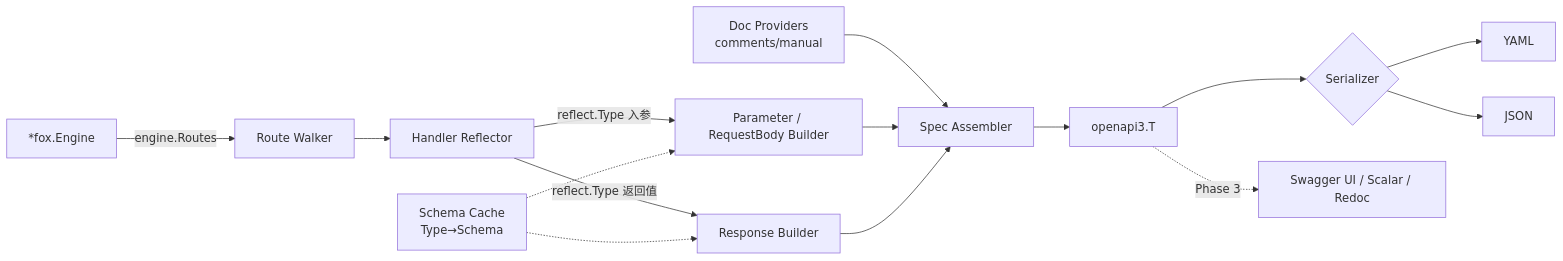
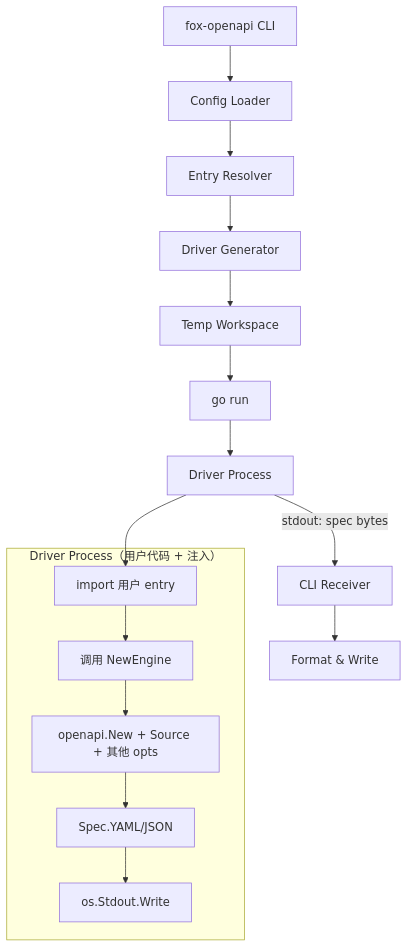
Before and after one commit to miclle/fox: the diagram in docs/openapi-design.md, drawn with Mermaid. The commit also changed other lines of this file, not shown here.

First line of the commit message:
docs(openapi): declare CLI as production direction and document handover

````diff
--- a/docs/openapi-design.md
+++ b/docs/openapi-design.md
@@ -41,17 +198,20 @@
 ```mermaid
-flowchart LR
-    A[*fox.Engine] -->|engine.Routes| B[Route Walker]
-    B --> C[Handler Reflector]
-    C -->|reflect.Type 入参| D[Parameter / RequestBody Builder]
-    C -->|reflect.Type 返回值| E[Response Builder]
-    F[Doc Providers<br/>comments/manual] --> G[Spec Assembler]
-    D --> G
-    E --> G
-    H[Schema Cache<br/>Type→Schema] -.-> D
-    H -.-> E
-    G --> I[openapi3.T]
-    I --> J{Serializer}
-    J --> K[YAML]
-    J --> L[JSON]
-    I -.Phase 3.-> M[Swagger UI / Scalar / Redoc]
+flowchart TB
+    A[fox-openapi CLI] --> B[Config Loader]
+    B --> C[Entry Resolver]
+    C --> D[Driver Generator]
+    D --> E[Temp Workspace]
+    E --> F[go run]
+    F --> G[Driver Process]
+    G -->|stdout: spec bytes| H[CLI Receiver]
+    H --> I[Format & Write]
+
+    subgraph "Driver Process（用户代码 + 注入）"
+      G1[import 用户 entry] --> G2[调用 NewEngine]
+      G2 --> G3[openapi.New + Source + 其他 opts]
+      G3 --> G4[Spec.YAML/JSON]
+      G4 --> G5[os.Stdout.Write]
+    end
+
+    G --> G1
 ```
````
